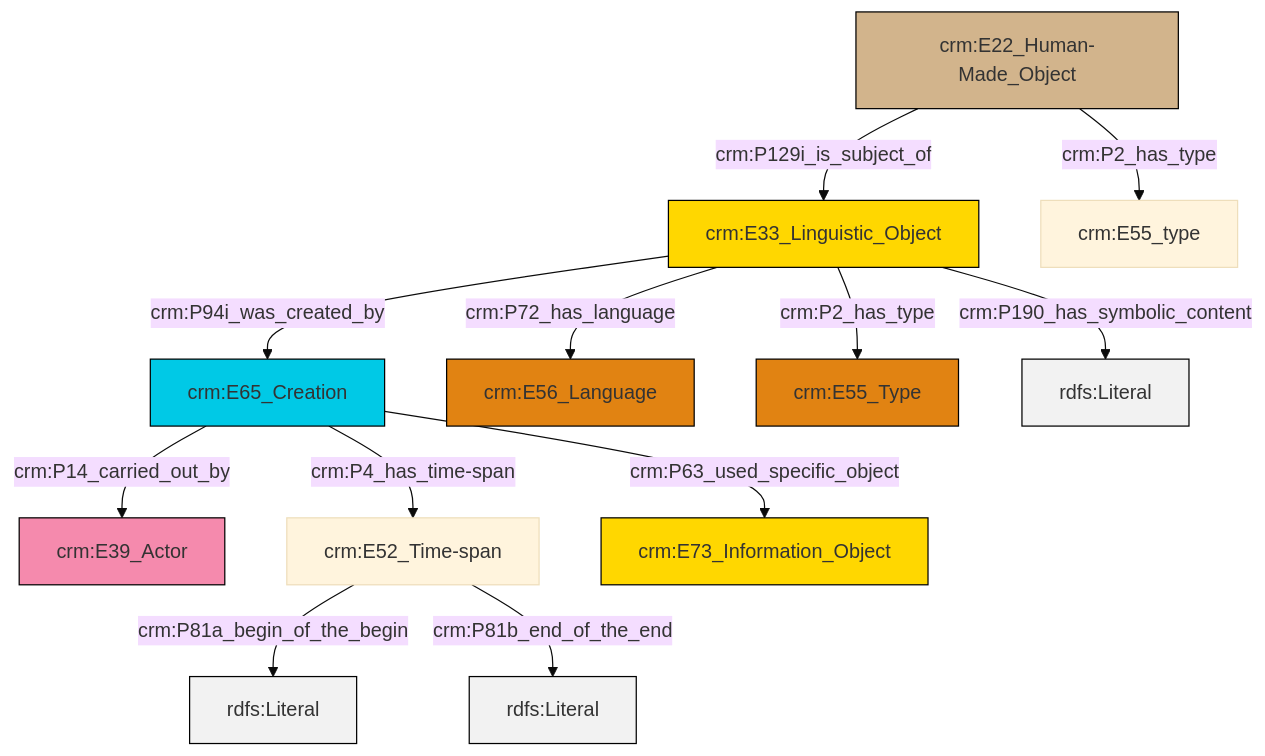
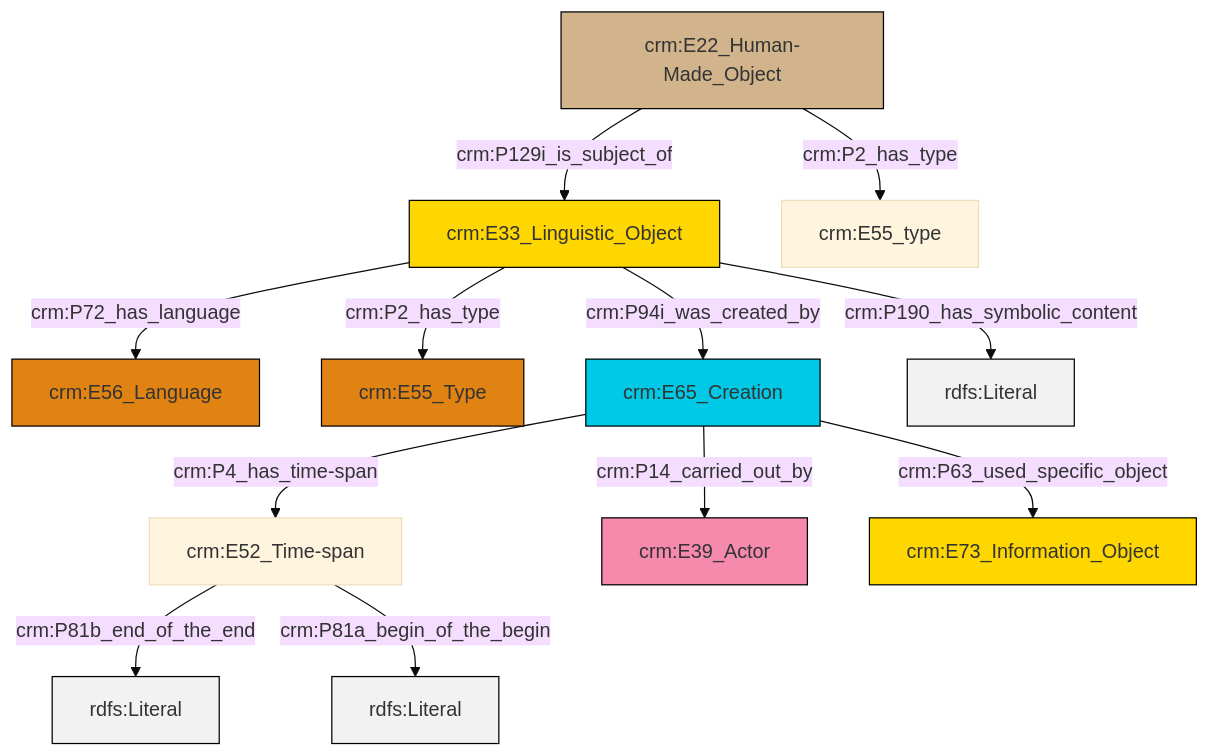
The diagram in et/artworkCSV/ttl/mmd/Artwork_Description.ttl.mmd (swiss-art-research-net/docs.swissartresearch), drawn with Mermaid (base theme) before and after one commit. The commit also changed 180 other files, not shown here.

```diff
--- a/et/artworkCSV/ttl/mmd/Artwork_Description.ttl.mmd
+++ b/et/artworkCSV/ttl/mmd/Artwork_Description.ttl.mmd
@@ -1,26 +1,26 @@
 graph TD
 classDef Literal fill:#f2f2f2,stroke:#000000;
 classDef CRM_Entity fill:#FFFFFF,stroke:#000000;
 classDef Temporal_Entity fill:#00C9E6, stroke:#000000;
 classDef Type fill:#E18312, stroke:#000000;
 classDef Time-Span fill:#2C9C91, stroke:#000000;
 classDef Appellation fill:#FFEB7F, stroke:#000000;
 classDef Place fill:#008836, stroke:#000000;
 classDef Persistent_Item fill:#B266B2, stroke:#000000;
 classDef Conceptual_Object fill:#FFD700, stroke:#000000;
 classDef Physical_Thing fill:#D2B48C, stroke:#000000;
 classDef Actor fill:#f58aad, stroke:#000000;
 classDef PC_Classes fill:#4ce600, stroke:#000000;
 classDef Multi fill:#cccccc,stroke:#000000;
 
-4["crm:E52_Time-span"]:::Default -->|crm:P81a_begin_of_the_begin| 5[rdfs:Literal]:::Literal
-8["crm:E33_Linguistic_Object"]:::Conceptual_Object -->|crm:P72_has_language| 9["crm:E56_Language"]:::Type
-8["crm:E33_Linguistic_Object"]:::Conceptual_Object -->|crm:P2_has_type| 11["crm:E55_Type"]:::Type
-0["crm:E65_Creation"]:::Temporal_Entity -->|crm:P14_carried_out_by| 2["crm:E39_Actor"]:::Actor
-4["crm:E52_Time-span"]:::Default -->|crm:P81b_end_of_the_end| 12[rdfs:Literal]:::Literal
-13["crm:E22_Human-Made_Object"]:::Physical_Thing -->|crm:P129i_is_subject_of| 8["crm:E33_Linguistic_Object"]:::Conceptual_Object
-8["crm:E33_Linguistic_Object"]:::Conceptual_Object -->|crm:P190_has_symbolic_content| 18[rdfs:Literal]:::Literal
-0["crm:E65_Creation"]:::Temporal_Entity -->|crm:P63_used_specific_object| 6["crm:E73_Information_Object"]:::Conceptual_Object
-13["crm:E22_Human-Made_Object"]:::Physical_Thing -->|crm:P2_has_type| 14["crm:E55_type"]:::Default
-0["crm:E65_Creation"]:::Temporal_Entity -->|crm:P4_has_time-span| 4["crm:E52_Time-span"]:::Default
-8["crm:E33_Linguistic_Object"]:::Conceptual_Object -->|crm:P94i_was_created_by| 0["crm:E65_Creation"]:::Temporal_Entity
+0["crm:E52_Time-span"]:::Default -->|crm:P81b_end_of_the_end| 1[rdfs:Literal]:::Literal
+4["crm:E33_Linguistic_Object"]:::Conceptual_Object -->|crm:P72_has_language| 5["crm:E56_Language"]:::Type
+8["crm:E65_Creation"]:::Temporal_Entity -->|crm:P14_carried_out_by| 2["crm:E39_Actor"]:::Actor
+11["crm:E22_Human-Made_Object"]:::Physical_Thing -->|crm:P129i_is_subject_of| 4["crm:E33_Linguistic_Object"]:::Conceptual_Object
+11["crm:E22_Human-Made_Object"]:::Physical_Thing -->|crm:P2_has_type| 9["crm:E55_type"]:::Default
+4["crm:E33_Linguistic_Object"]:::Conceptual_Object -->|crm:P190_has_symbolic_content| 14[rdfs:Literal]:::Literal
+8["crm:E65_Creation"]:::Temporal_Entity -->|crm:P4_has_time-span| 0["crm:E52_Time-span"]:::Default
+4["crm:E33_Linguistic_Object"]:::Conceptual_Object -->|crm:P2_has_type| 6["crm:E55_Type"]:::Type
+0["crm:E52_Time-span"]:::Default -->|crm:P81a_begin_of_the_begin| 20[rdfs:Literal]:::Literal
+4["crm:E33_Linguistic_Object"]:::Conceptual_Object -->|crm:P94i_was_created_by| 8["crm:E65_Creation"]:::Temporal_Entity
+8["crm:E65_Creation"]:::Temporal_Entity -->|crm:P63_used_specific_object| 15["crm:E73_Information_Object"]:::Conceptual_Object
```
